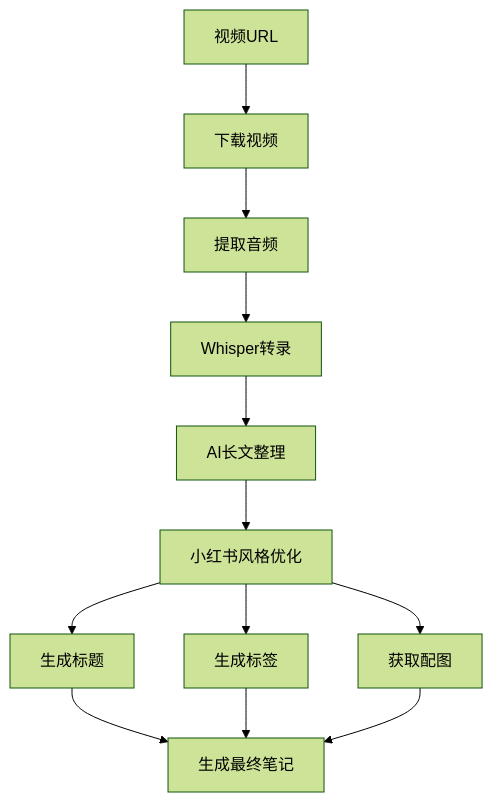
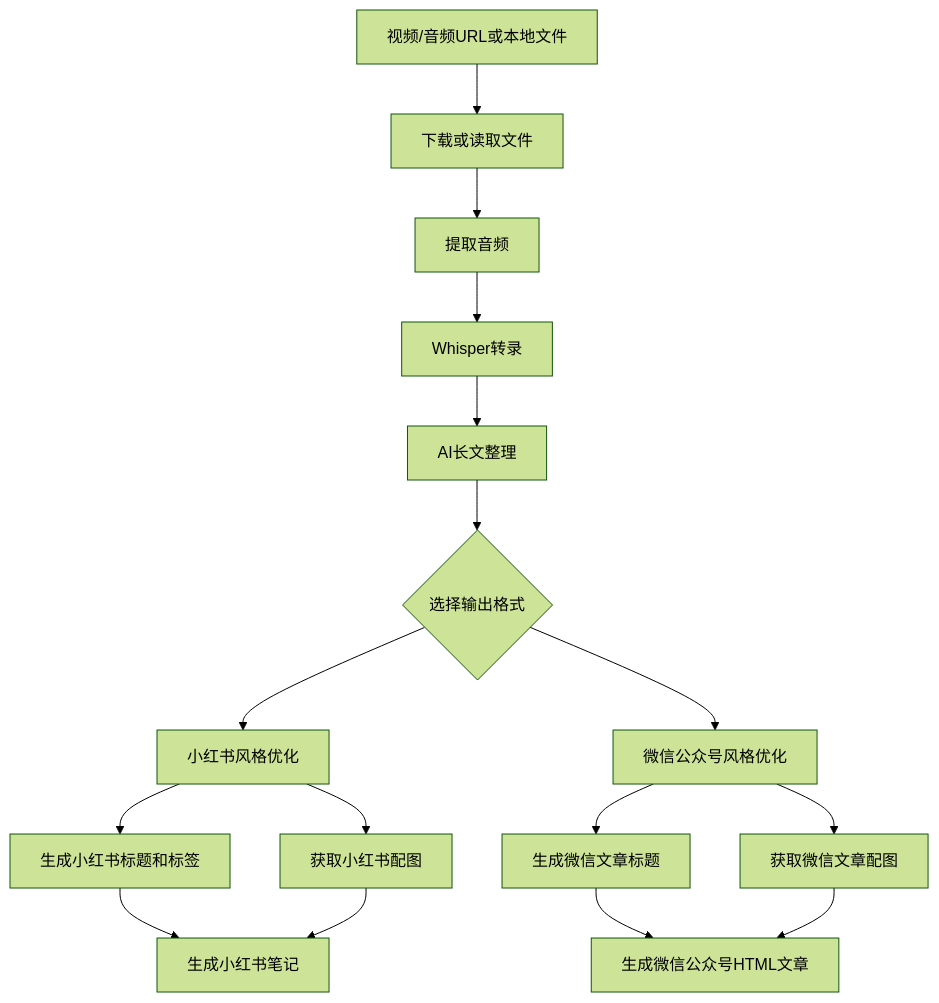
One commit to qiangweihewu/Video_note_generator changed the diagram in README.md. Above: the diagram before and after it, drawn with Mermaid (forest theme). The commit also changed other lines of this file and 73 other files, not shown here.

````diff
--- a/README.md
+++ b/README.md
@@ -44,12 +67,16 @@
 ```mermaid
 graph TD
-    A[视频URL] --> B[下载视频]
+    A[视频/音频URL或本地文件] --> B[下载或读取文件]
     B --> C[提取音频]
     C --> D[Whisper转录]
     D --> E[AI长文整理]
-    E --> F[小红书风格优化]
-    F --> G[生成标题]
-    F --> H[生成标签]
-    F --> I[获取配图]
-    G & H & I --> J[生成最终笔记]
+    E --> F{选择输出格式}
+    F --> G[小红书风格优化]
+    F --> H[微信公众号风格优化]
+    G --> I[生成小红书标题和标签]
+    H --> J[生成微信文章标题]
+    G --> K[获取小红书配图]
+    H --> L[获取微信文章配图]
+    I & K --> M[生成小红书笔记]
+    J & L --> N[生成微信公众号HTML文章]
 ```
````
